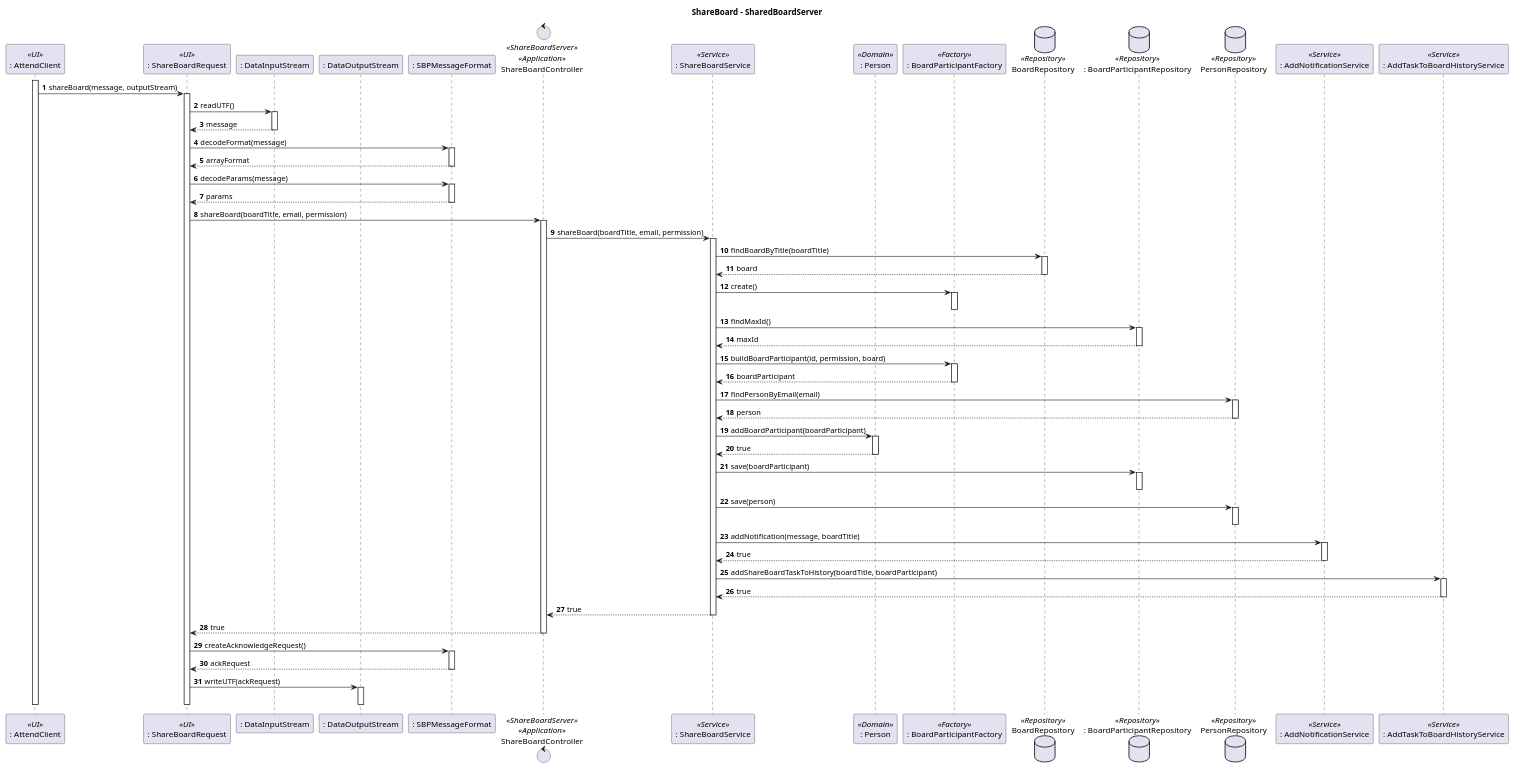
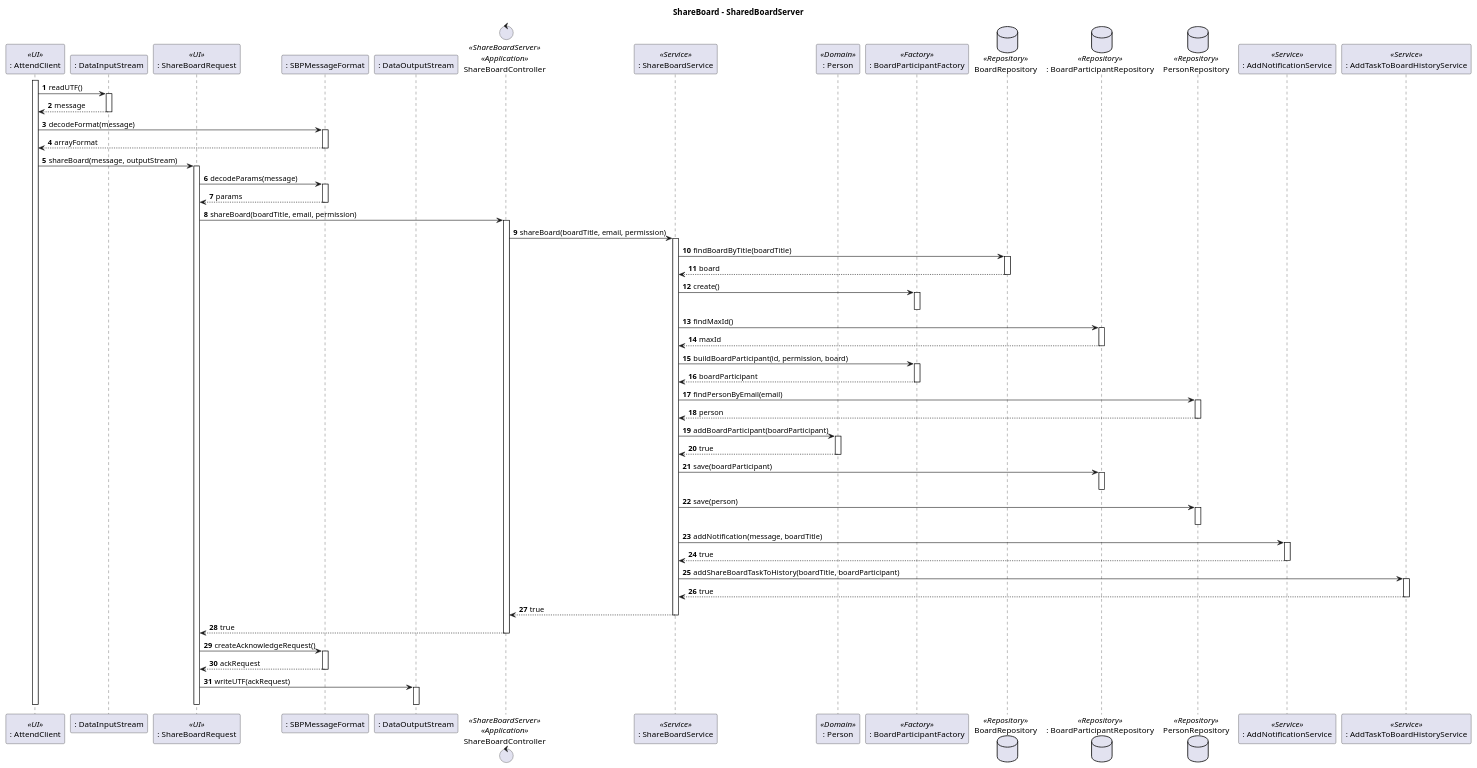
Before and after one commit to Marco-Nobrega-Andrade/sem4pi_22_23: the diagram in docs/Sprint_C/us_3004/us_3004_SD_SharedBoardServer.puml, drawn with PlantUML.

Commit message:
[US_3004] - Corrected error in SD where the attend client called shareBoard

```diff
--- a/docs/Sprint_C/us_3004/us_3004_SD_SharedBoardServer.puml
+++ b/docs/Sprint_C/us_3004/us_3004_SD_SharedBoardServer.puml
@@ -1,78 +1,78 @@
 @startuml
 autonumber
 title ShareBoard - SharedBoardServer
 
 participant ": AttendClient" as UI <<UI>>
+participant ": DataInputStream" as DIS
 participant ": ShareBoardRequest" as SBR <<UI>>
-participant ": DataInputStream" as DIS
+participant ": SBPMessageFormat" as SBPMF
 participant ": DataOutputStream" as DOS
-participant ": SBPMessageFormat" as SBPMF
 control "ShareBoardController" as CTRL <<ShareBoardServer>> <<Application>>
 participant ": ShareBoardService" as SBS <<Service>>
 participant ": Person" as P <<Domain>>
 participant ": BoardParticipantFactory" as BPF <<Factory>>
 database BoardRepository as BR <<Repository>>
 database ": BoardParticipantRepository" as BPR <<Repository>>
 database PersonRepository as PR <<Repository>>
 participant ": AddNotificationService" as ANS <<Service>>
 participant ": AddTaskToBoardHistoryService" as ATTBHS <<Service>>
 activate UI
+UI -> DIS : readUTF()
+activate DIS
+return message
+UI -> SBPMF : decodeFormat(message)
+activate SBPMF
+return arrayFormat
 UI -> SBR : shareBoard(message, outputStream)
 activate SBR
-SBR -> DIS : readUTF()
-activate DIS
-return message
-SBR -> SBPMF : decodeFormat(message)
-activate SBPMF
-return arrayFormat
 SBR -> SBPMF : decodeParams(message)
 activate SBPMF
 return params
 SBR -> CTRL : shareBoard(boardTitle, email, permission)
 activate CTRL
 CTRL -> SBS : shareBoard(boardTitle, email, permission)
 activate SBS
 SBS -> BR : findBoardByTitle(boardTitle)
 activate BR
 return board
 SBS -> BPF : create()
 activate BPF
 deactivate BPF
 SBS -> BPR : findMaxId()
 activate BPR
 return maxId
 SBS -> BPF : buildBoardParticipant(id, permission, board)
 activate BPF
 return boardParticipant
 SBS -> PR : findPersonByEmail(email)
 activate PR
 return person
 deactivate PR
 SBS -> P : addBoardParticipant(boardParticipant)
 activate P
 return true
 SBS -> BPR : save(boardParticipant)
 activate BPR
 deactivate BPR
 SBS -> PR : save(person)
 activate PR
 deactivate PR
 SBS -> ANS : addNotification(message, boardTitle)
 activate ANS
 return true
 SBS -> ATTBHS : addShareBoardTaskToHistory(boardTitle, boardParticipant)
 activate ATTBHS
 return true
 SBS --> CTRL : true
 deactivate SBS
 CTRL --> SBR : true
 deactivate CTRL
 SBR -> SBPMF : createAcknowledgeRequest()
 activate SBPMF
 return ackRequest
 SBR -> DOS : writeUTF(ackRequest)
 activate DOS
 deactivate DOS
 deactivate SBR
 deactivate UI
 @enduml
```
